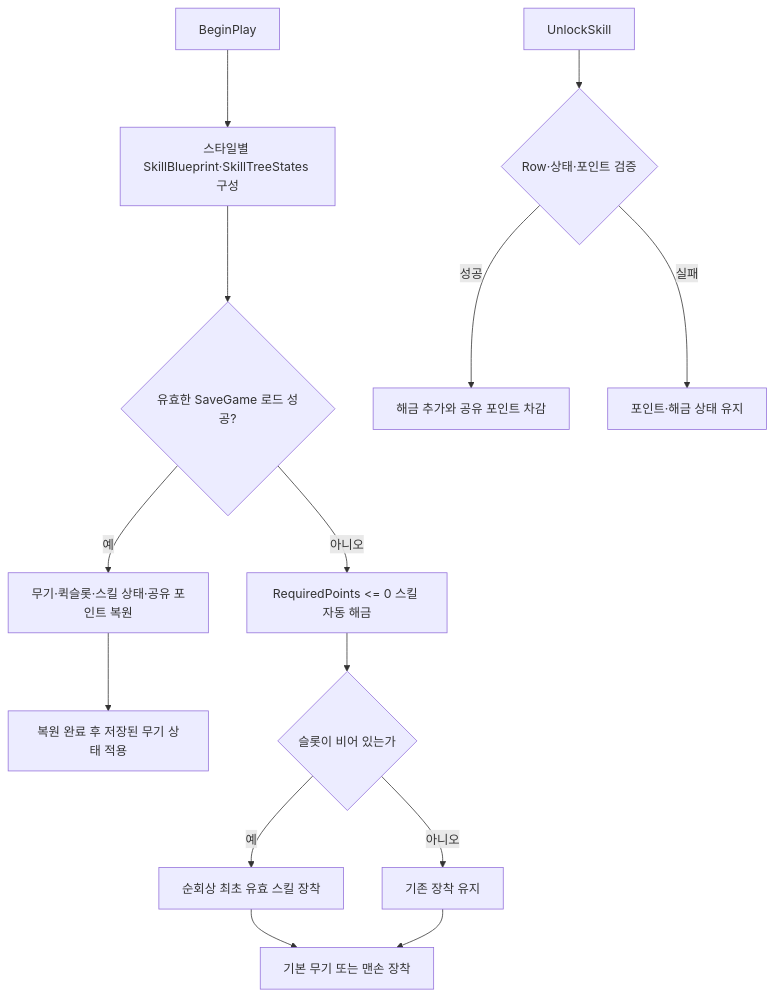
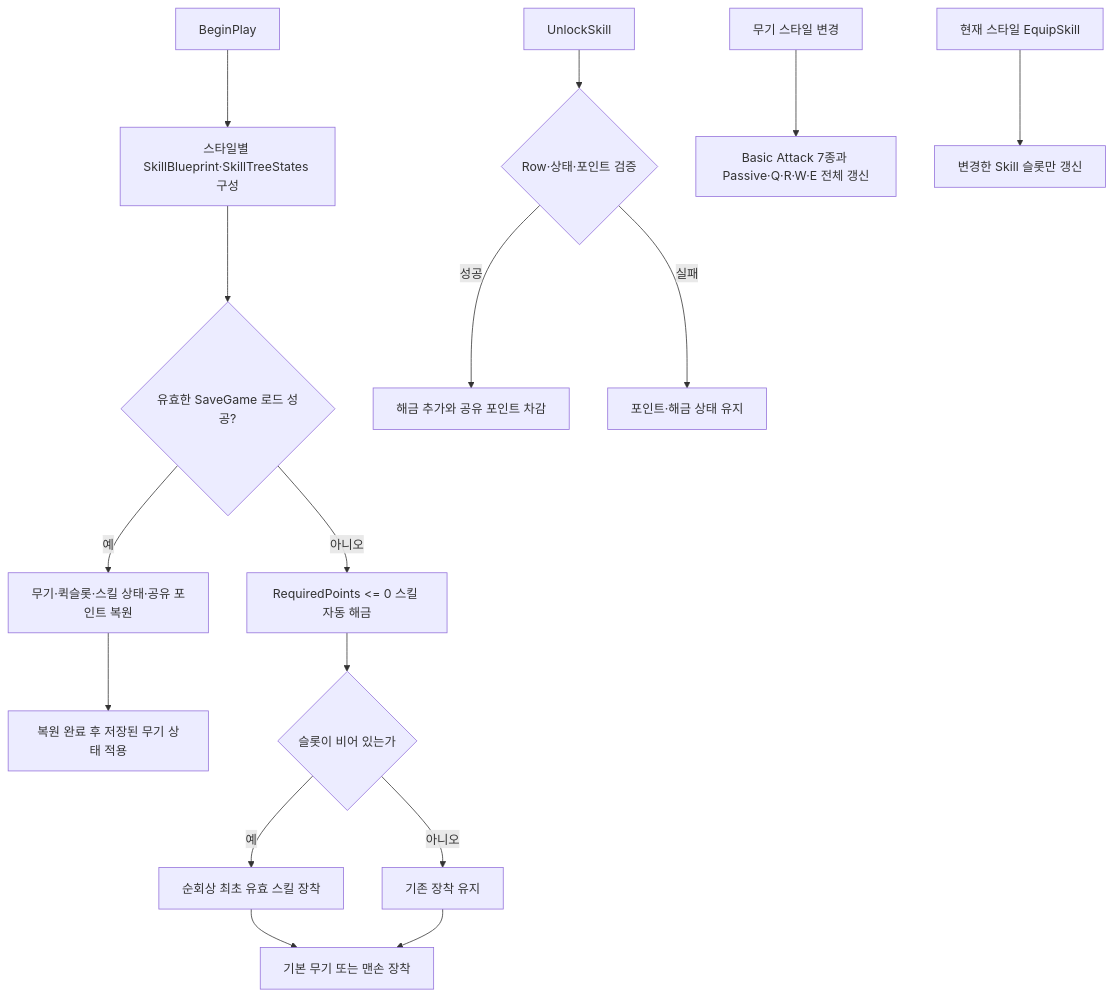
Before and after one commit to DreamersStudio3/Maverick: the second of 2 diagrams in docs/wiki/Features/Combat/Weapon-Skill-Tree/document.md, drawn with Mermaid. The commit also changed other lines of this file, not shown here.

````diff
--- a/docs/wiki/Features/Combat/Weapon-Skill-Tree/document.md
+++ b/docs/wiki/Features/Combat/Weapon-Skill-Tree/document.md
@@ -21,16 +37,18 @@
 ```mermaid
 flowchart TD
     Begin["BeginPlay"] --> Build["스타일별 SkillBlueprint·SkillTreeStates 구성"]
     Build --> Save{"유효한 SaveGame 로드 성공?"}
     Save -->|예| Restore["무기·퀵슬롯·스킬 상태·공유 포인트 복원"]
     Restore --> Loaded["복원 완료 후 저장된 무기 상태 적용"]
     Save -->|아니오| Unlock["RequiredPoints <= 0 스킬 자동 해금"]
     Unlock --> Empty{"슬롯이 비어 있는가"}
     Empty -->|예| Equip["순회상 최초 유효 스킬 장착"]
     Empty -->|아니오| Keep["기존 장착 유지"]
     Equip --> Default["기본 무기 또는 맨손 장착"]
     Keep --> Default
     Request["UnlockSkill"] --> Check{"Row·상태·포인트 검증"}
     Check -->|성공| Spend["해금 추가와 공유 포인트 차감"]
     Check -->|실패| Unchanged["포인트·해금 상태 유지"]
+    WeaponChange["무기 스타일 변경"] --> FullRefresh["Basic Attack 7종과 Passive·Q·R·W·E 전체 갱신"]
+    SkillEquip["현재 스타일 EquipSkill"] --> SlotRefresh["변경한 Skill 슬롯만 갱신"]
 ```
````
